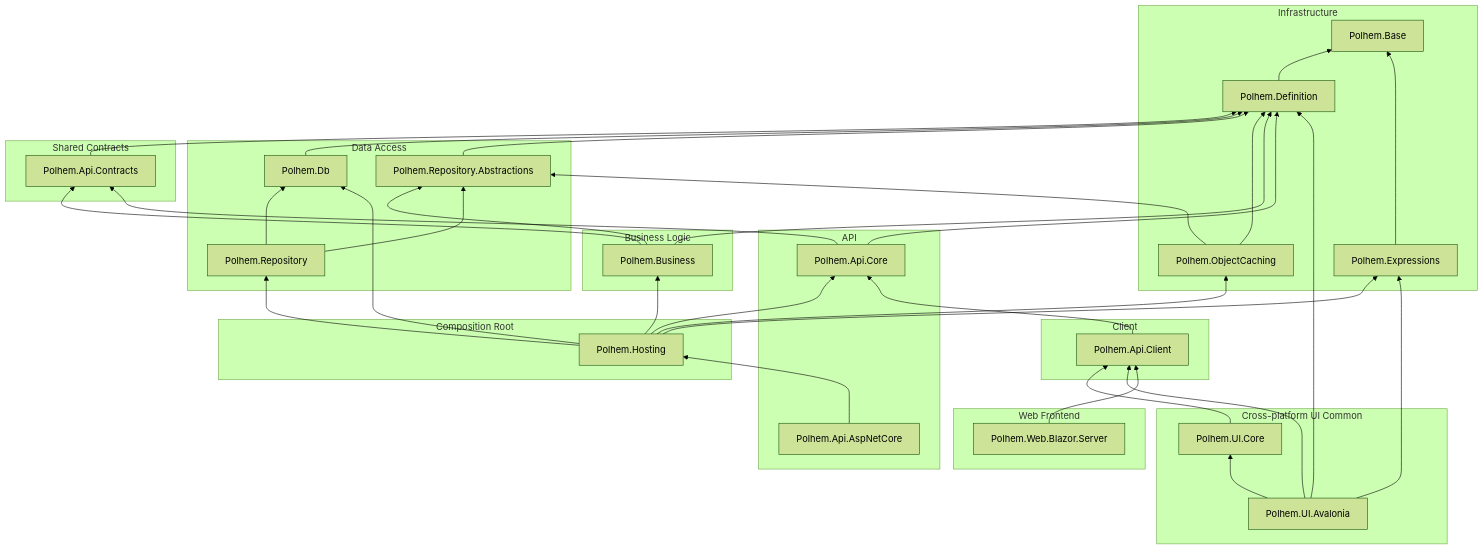
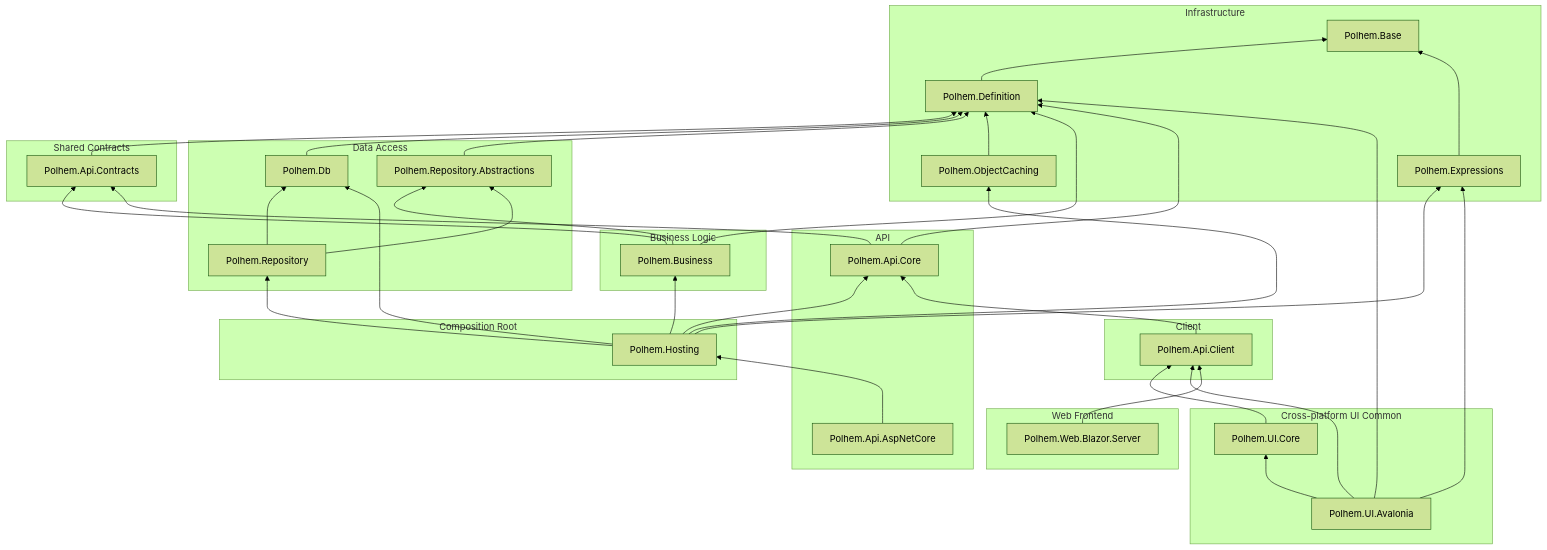
One commit to polhem-dev/polhem changed the diagram in docs/en/dependency-map.md. Above: the diagram before and after it, drawn with Mermaid (forest theme). The commit also changed other lines of this file and 53 other files, not shown here.

````diff
--- a/docs/en/dependency-map.md
+++ b/docs/en/dependency-map.md
@@ -15,74 +15,73 @@
 ```mermaid
 graph BT
   subgraph Infrastructure
     Base["Polhem.Base"]
     Expressions["Polhem.Expressions"]
     Definition["Polhem.Definition"]
     Caching["Polhem.ObjectCaching"]
   end
 
   subgraph DataAccess [Data Access]
     RepoAbs["Polhem.Repository.Abstractions"]
     Db["Polhem.Db"]
     Repo["Polhem.Repository"]
   end
 
   subgraph BusinessLogic [Business Logic]
     Business["Polhem.Business"]
   end
 
   subgraph SharedContracts [Shared Contracts]
     Contracts["Polhem.Api.Contracts"]
   end
 
   subgraph API
     Core["Polhem.Api.Core"]
     AspNet["Polhem.Api.AspNetCore"]
   end
 
   subgraph CompositionRoot [Composition Root]
     Hosting["Polhem.Hosting"]
   end
 
   subgraph ClientLayer [Client]
     Client["Polhem.Api.Client"]
   end
 
   subgraph CrossPlatformUI [Cross-platform UI Common]
     UICore["Polhem.UI.Core"]
     UIAvalonia["Polhem.UI.Avalonia"]
   end
 
   subgraph WebFrontend [Web Frontend]
     BlazorSrv["Polhem.Web.Blazor.Server"]
   end
 
   Definition --> Base
   Expressions --> Base
   Hosting --> Expressions
   UIAvalonia --> Expressions
   Contracts --> Definition
   Db --> Definition
   RepoAbs --> Definition
   Caching --> Definition
-  Caching --> RepoAbs
   Business --> Contracts
   Business --> Definition
   Business --> RepoAbs
   Repo --> Db
   Repo --> RepoAbs
   Core --> Contracts
   Core --> Definition
   Hosting --> Core
   Hosting --> Business
   Hosting --> Db
   Hosting --> Repo
   Hosting --> Caching
   AspNet --> Hosting
   Client --> Core
   UICore --> Client
   UIAvalonia --> UICore
   UIAvalonia --> Client
   UIAvalonia --> Definition
   BlazorSrv --> Client
 ```
````
